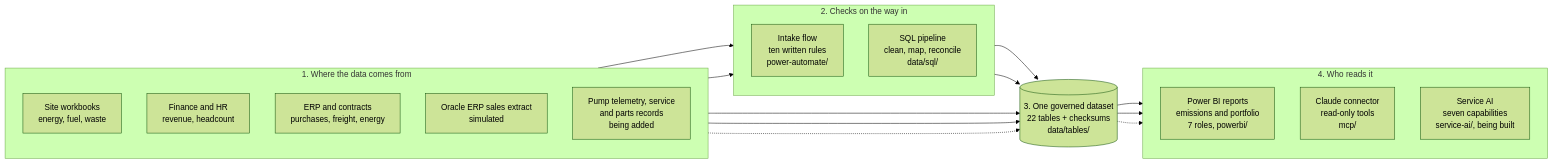
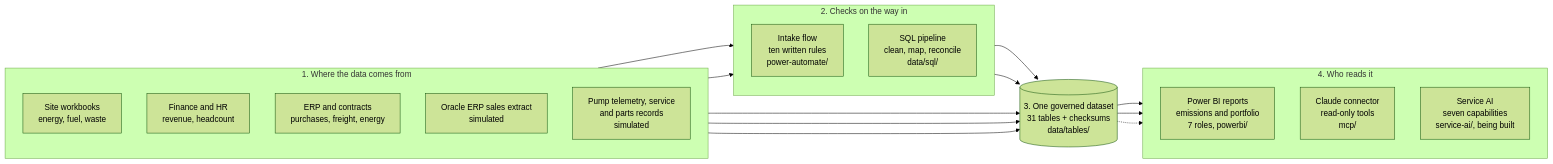
The diagram in README.md (voneeci/fjordvik), drawn with Mermaid (forest theme) before and after one commit. The commit also changed other lines of this file and 60 other files, not shown here.

First line of the commit message:
Service data: 600 connected pumps, telemetry, service, parts orders, manuals

````diff
--- a/README.md
+++ b/README.md
@@ -102,31 +108,31 @@
 ```mermaid
 flowchart LR
     subgraph IN["1. Where the data comes from"]
         direction TB
         A["Site workbooks<br/>energy, fuel, waste"]
         B["Finance and HR<br/>revenue, headcount"]
         C["ERP and contracts<br/>purchases, freight, energy"]
         D["Oracle ERP sales extract<br/>simulated"]
-        S["Pump telemetry, service<br/>and parts records<br/>being added"]
+        S["Pump telemetry, service<br/>and parts records<br/>simulated"]
     end
     subgraph CHECK["2. Checks on the way in"]
         direction TB
         E["Intake flow<br/>ten written rules<br/>power-automate/"]
         F["SQL pipeline<br/>clean, map, reconcile<br/>data/sql/"]
     end
-    G[("3. One governed dataset<br/>22 tables + checksums<br/>data/tables/")]
+    G[("3. One governed dataset<br/>31 tables + checksums<br/>data/tables/")]
     subgraph OUT["4. Who reads it"]
         direction TB
         H["Power BI reports<br/>emissions and portfolio<br/>7 roles, powerbi/"]
         I["Claude connector<br/>read-only tools<br/>mcp/"]
         J["Service AI<br/>seven capabilities<br/>service-ai/, being built"]
     end
     A --> E --> G
     B --> G
     C --> G
     D --> F --> G
-    S -.-> G
+    S --> G
     G --> H
     G --> I
     G -.-> J
 ```
````
